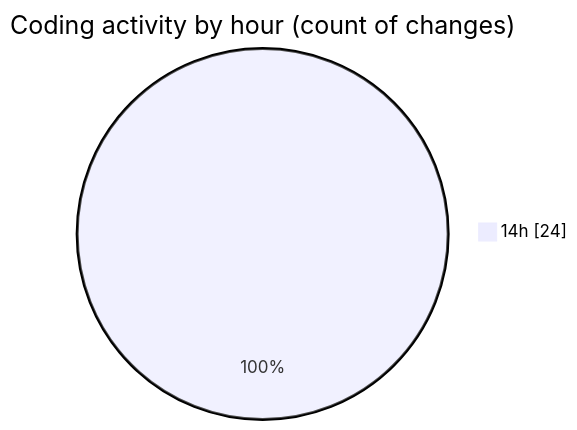
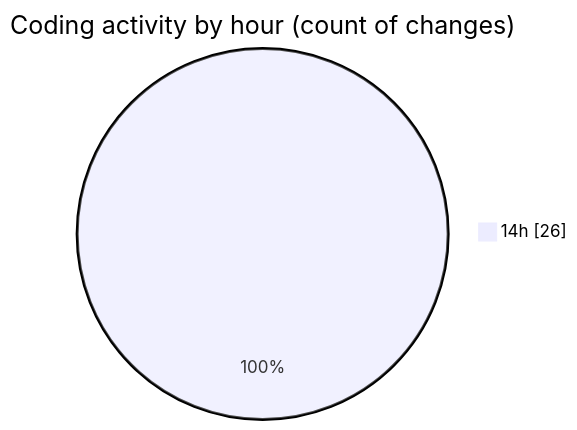
Before and after one commit to Ritupan-Deka/code-tracking: the second of 2 diagrams in 2025-05-03/projects/README.md, drawn with Mermaid. The commit also changed other lines of this file and 1 other file, not shown here.

````diff
--- a/2025-05-03/projects/README.md
+++ b/2025-05-03/projects/README.md
@@ -43,5 +43,5 @@
 ```mermaid
 pie showData
 title Coding activity by hour (count of changes)
-"14h" : 24
+"14h" : 26
 ```
````
